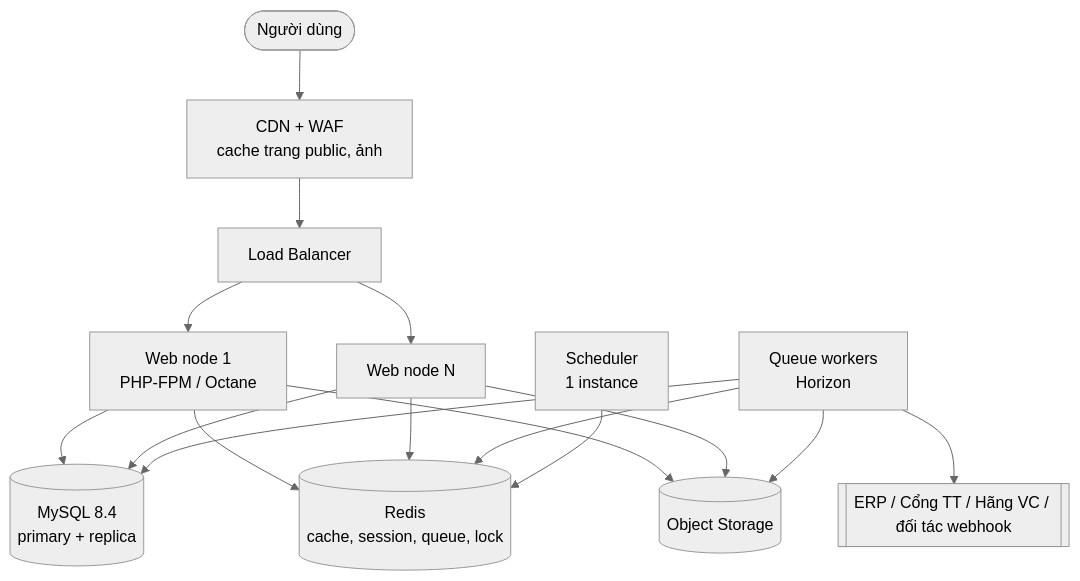
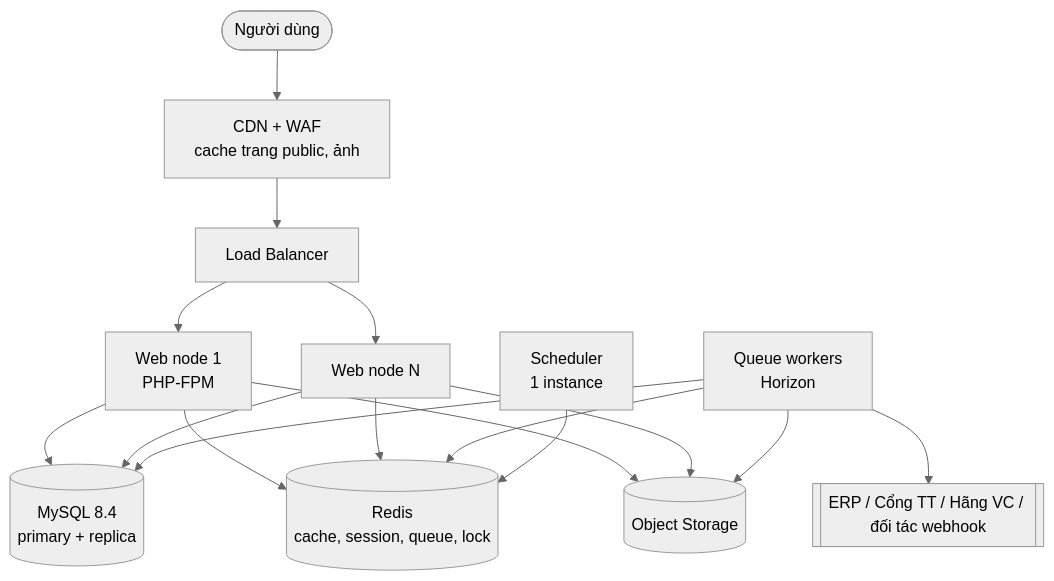
One commit to ptdat97/vanishop changed the diagram in docs/18-operations/operations.md. Above: the diagram before and after it, drawn with Mermaid (neutral theme). The commit also changed other lines of this file and 2 other files, not shown here.

Commit message:
docs: dự án không dùng Laravel Octane (PHP-FPM)

````diff
--- a/docs/18-operations/operations.md
+++ b/docs/18-operations/operations.md
@@ -18,13 +18,13 @@
 ```mermaid
 flowchart TB
     U([Người dùng]) --> CDN[CDN + WAF<br/>cache trang public, ảnh]
     CDN --> LB[Load Balancer]
-    LB --> W1[Web node 1<br/>PHP-FPM / Octane]
+    LB --> W1[Web node 1<br/>PHP-FPM]
     LB --> W2[Web node N]
     W1 & W2 --> PG[(MySQL 8.4<br/>primary + replica)]
     W1 & W2 --> RD[(Redis<br/>cache, session, queue, lock)]
     W1 & W2 --> S3[(Object Storage)]
     Q1[Queue workers<br/>Horizon] --> PG & RD & S3
     SCH[Scheduler<br/>1 instance] --> RD
     Q1 --> EXT[[ERP / Cổng TT / Hãng VC / đối tác webhook]]
 ```
````
